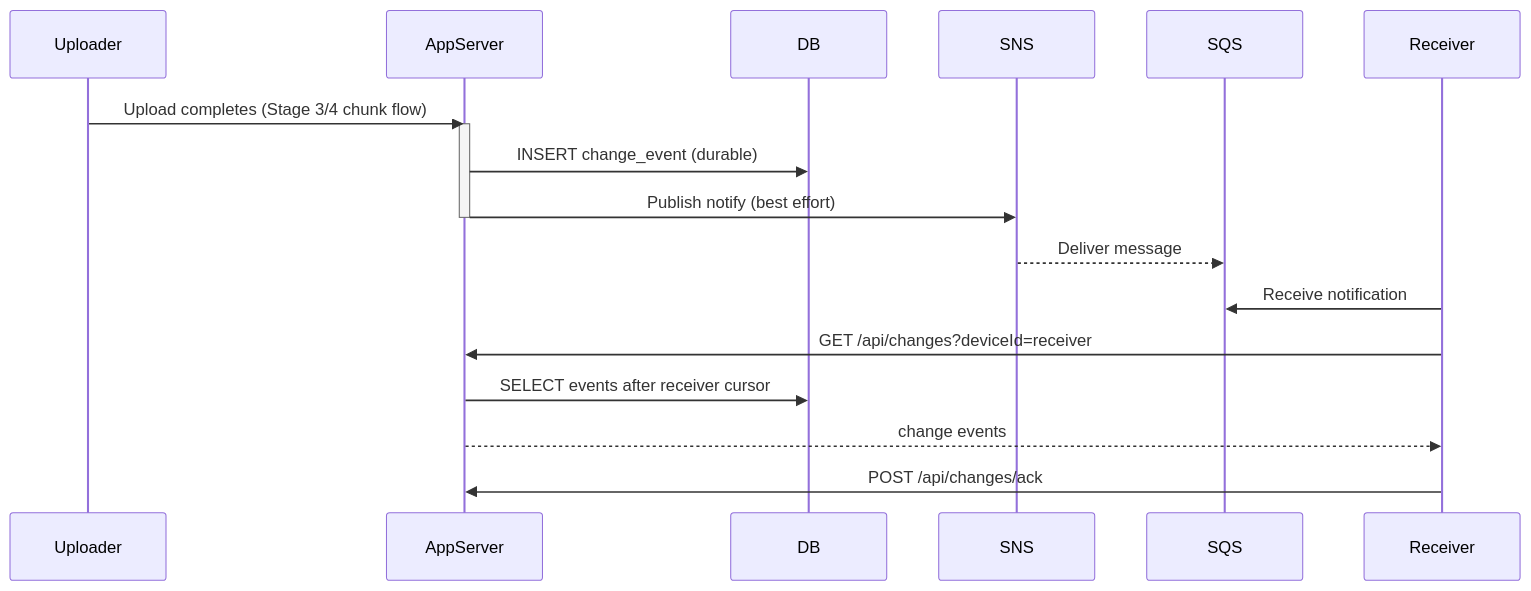
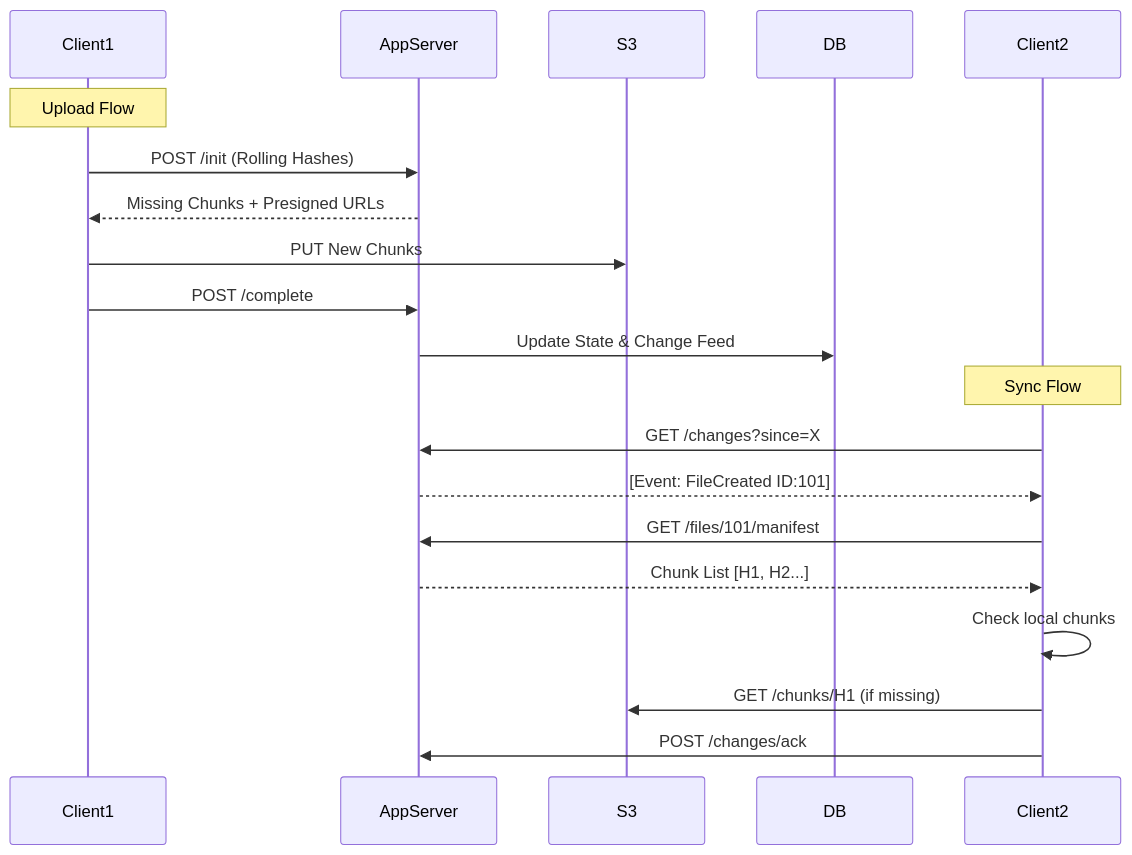
Before and after one commit to ShalomDeitch1/examples: the tenth of 10 diagrams in dropbox/README.md, drawn with Mermaid. The commit also changed other lines of this file, not shown here.

````diff
--- a/dropbox/README.md
+++ b/dropbox/README.md
@@ -398,23 +214,24 @@
 ```mermaid
 sequenceDiagram
-    participant Uploader
-    participant AppServer
-    participant DB
-    participant SNS
-    participant SQS
-    participant Receiver
+  participant Client1
+  participant AppServer
+  participant S3
+  participant DB
+  participant Client2
 
-    Uploader->>AppServer: Upload completes (Stage 3/4 chunk flow)
-    activate AppServer
-    AppServer->>DB: INSERT change_event (durable)
-    AppServer->>SNS: Publish notify (best effort)
-    deactivate AppServer
+  Note over Client1: Upload Flow
+  Client1->>AppServer: POST /init (Rolling Hashes)
+  AppServer-->>Client1: Missing Chunks + Presigned URLs
+  Client1->>S3: PUT New Chunks
+  Client1->>AppServer: POST /complete
+  AppServer->>DB: Update State & Change Feed
 
-    SNS-->>SQS: Deliver message
-
-    Receiver->>SQS: Receive notification
-    Receiver->>AppServer: GET /api/changes?deviceId=receiver
-    AppServer->>DB: SELECT events after receiver cursor
-    AppServer-->>Receiver: change events
-    Receiver->>AppServer: POST /api/changes/ack
+  Note over Client2: Sync Flow
+  Client2->>AppServer: GET /changes?since=X
+  AppServer-->>Client2: [Event: FileCreated ID:101]
+  Client2->>AppServer: GET /files/101/manifest
+  AppServer-->>Client2: Chunk List [H1, H2...]
+  Client2->>Client2: Check local chunks
+  Client2->>S3: GET /chunks/H1 (if missing)
+  Client2->>AppServer: POST /changes/ack
 ```
````
